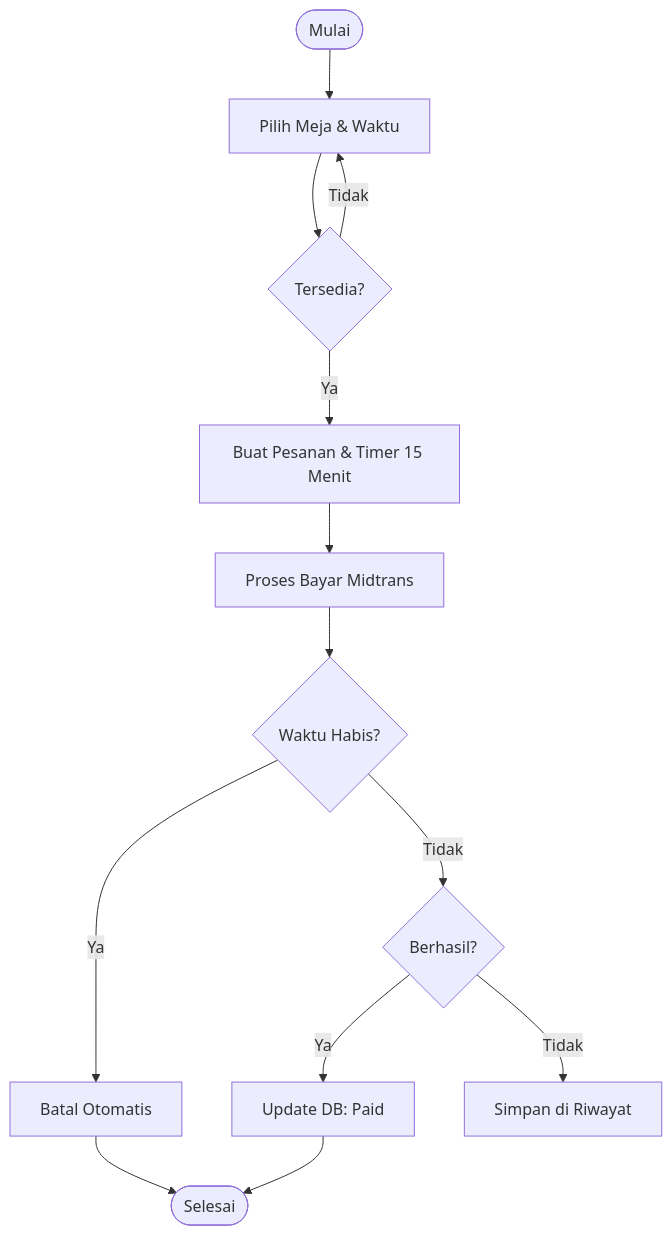
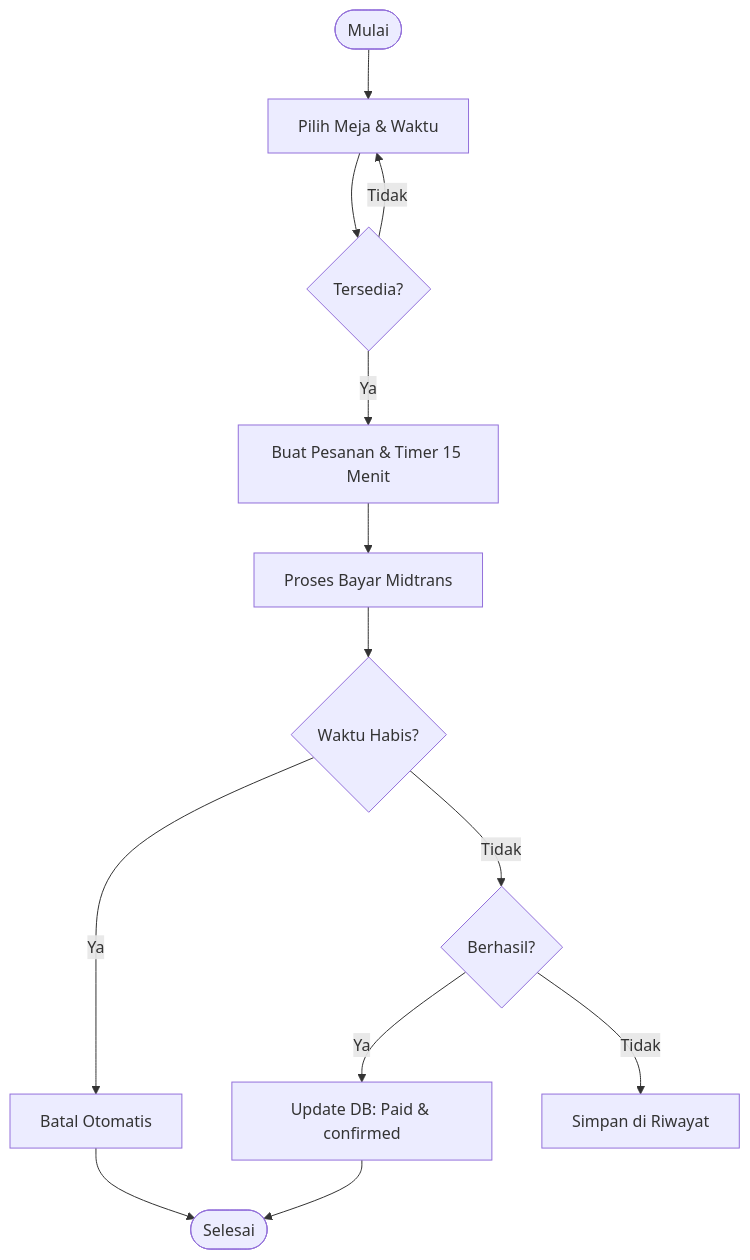
One commit to AkbarHusaini/website-reservasi-online-Ineri-suki changed the second of 8 diagrams in DIAGRAM.md. Above: the diagram before and after it, drawn with Mermaid. The commit also changed other lines of this file and 7 other files, not shown here.

Commit message:
Update: slimmed admin UI scaling, added logo favicon, updated project name and architecture diagrams

````diff
--- a/DIAGRAM.md
+++ b/DIAGRAM.md
@@ -49,15 +49,15 @@
 ```mermaid
 flowchart TD
     Start([Mulai]) --> Browse[Pilih Meja & Waktu]
     Browse --> Check{Tersedia?}
     Check -- Tidak --> Browse
     Check -- Ya --> Checkout[Buat Pesanan & Timer 15 Menit]
     Checkout --> Pay[Proses Bayar Midtrans]
     Pay --> Expire{Waktu Habis?}
     Expire -- Ya --> Cancel[Batal Otomatis]
     Expire -- Tidak --> Success{Berhasil?}
-    Success -- Ya --> Update[Update DB: Paid]
+    Success -- Ya --> Update[Update DB: Paid & confirmed]
     Success -- Tidak --> History[Simpan di Riwayat]
     Update --> End([Selesai])
     Cancel --> End
 ```
````
